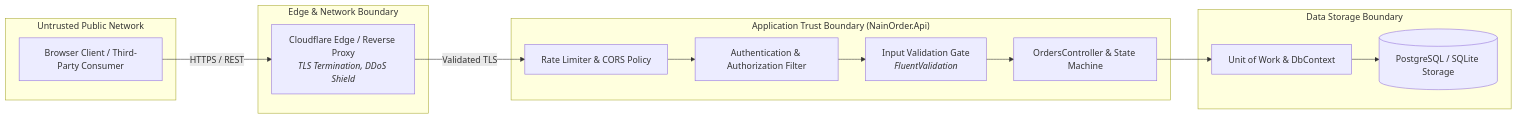
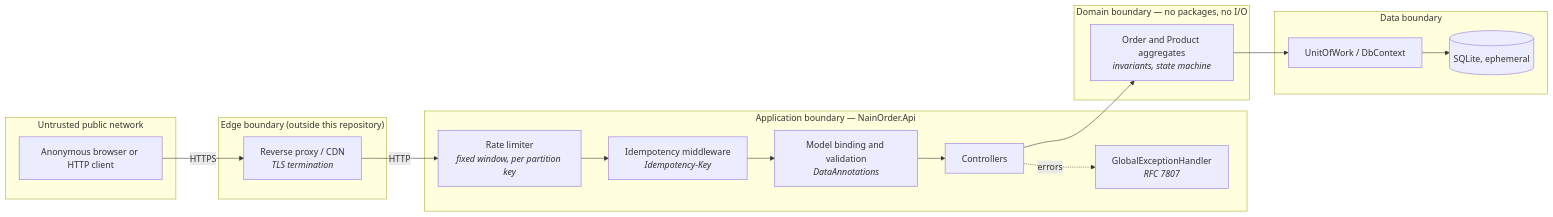
One commit to Nain9Dev/NainOrder changed the first of 2 diagrams in docs/22-threat-model.md. Above: the diagram before and after it, drawn with Mermaid. The commit also changed other lines of this file and 4 other files, not shown here.

````diff
--- a/docs/22-threat-model.md
+++ b/docs/22-threat-model.md
@@ -9,30 +29,37 @@
 ```mermaid
 flowchart LR
-    subgraph untrusted["Untrusted Public Network"]
-        Client["Browser Client / Third-Party Consumer"]
+    subgraph untrusted["Untrusted public network"]
+        Client["Anonymous browser or HTTP client"]
     end
 
-    subgraph edge["Edge & Network Boundary"]
-        ReverseProxy["Cloudflare Edge / Reverse Proxy<br/><i>TLS Termination, DDoS Shield</i>"]
+    subgraph edge["Edge boundary (outside this repository)"]
+        Proxy["Reverse proxy / CDN<br/><i>TLS termination</i>"]
     end
 
-    subgraph app_boundary["Application Trust Boundary (NainOrder.Api)"]
-        RateLimiter["Rate Limiter & CORS Policy"]
-        AuthFilter["Authentication & Authorization Filter"]
-        Validator["Input Validation Gate<br/><i>FluentValidation</i>"]
-        OrderController["OrdersController & State Machine"]
+    subgraph app["Application boundary — NainOrder.Api"]
+        Rate["Rate limiter<br/><i>fixed window, per partition key</i>"]
+        Idem["Idempotency middleware<br/><i>Idempotency-Key</i>"]
+        Model["Model binding and validation<br/><i>DataAnnotations</i>"]
+        Ctrl["Controllers"]
+        Handler["GlobalExceptionHandler<br/><i>RFC 7807</i>"]
     end
 
-    subgraph data_boundary["Data Storage Boundary"]
-        UoW["Unit of Work & DbContext"]
-        Database[("PostgreSQL / SQLite Storage")]
+    subgraph domain["Domain boundary — no packages, no I/O"]
+        Agg["Order and Product aggregates<br/><i>invariants, state machine</i>"]
     end
 
-    Client -->|HTTPS / REST| ReverseProxy
-    ReverseProxy -->|Validated TLS| RateLimiter
-    RateLimiter --> AuthFilter
-    AuthFilter --> Validator
-    Validator --> OrderController
-    OrderController --> UoW
-    UoW --> Database
+    subgraph data["Data boundary"]
+        UoW["UnitOfWork / DbContext"]
+        DB[("SQLite, ephemeral")]
+    end
+
+    Client -->|HTTPS| Proxy
+    Proxy -->|HTTP| Rate
+    Rate --> Idem
+    Idem --> Model
+    Model --> Ctrl
+    Ctrl --> Agg
+    Agg --> UoW
+    UoW --> DB
+    Ctrl -.errors.-> Handler
 ```
````
